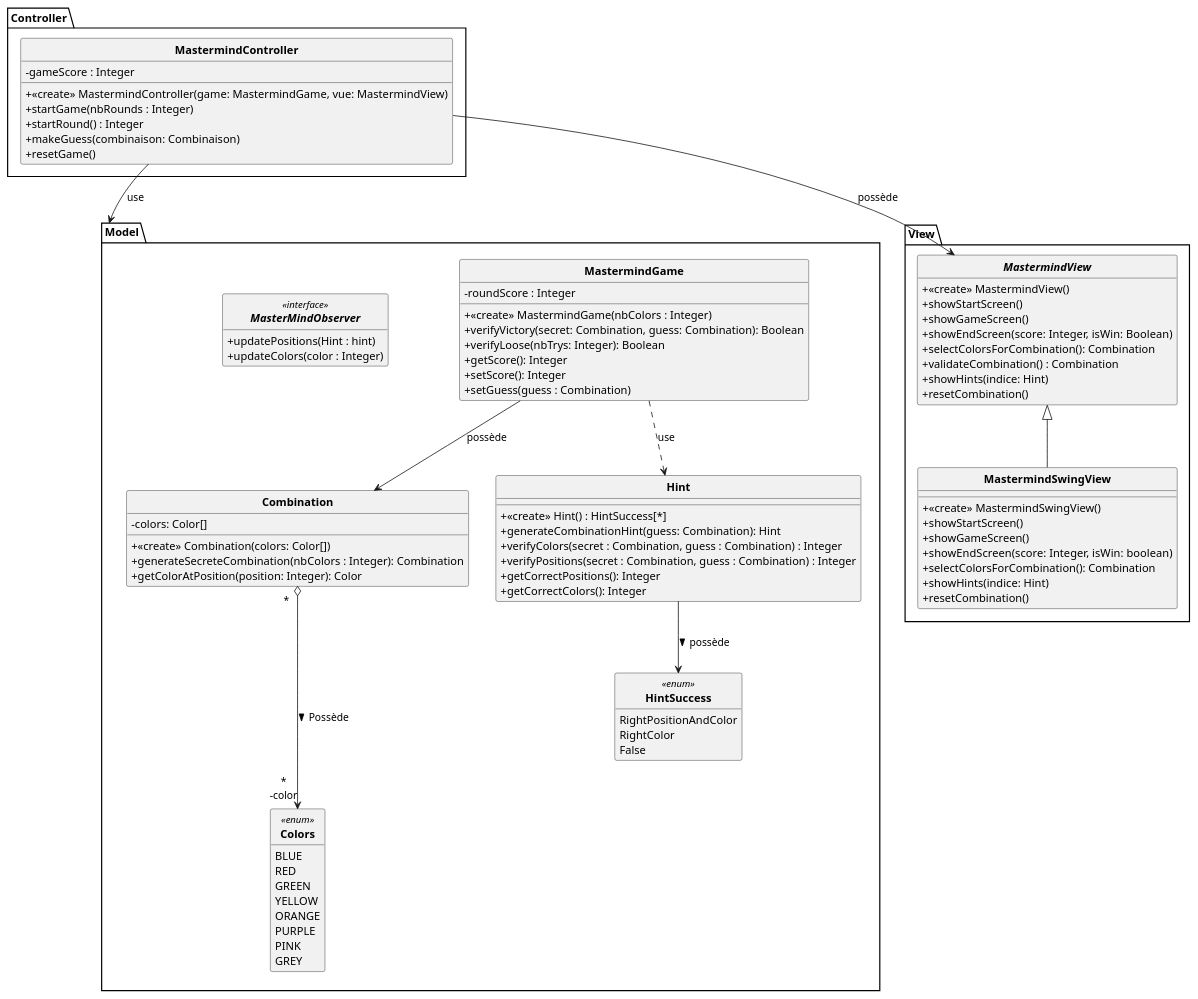
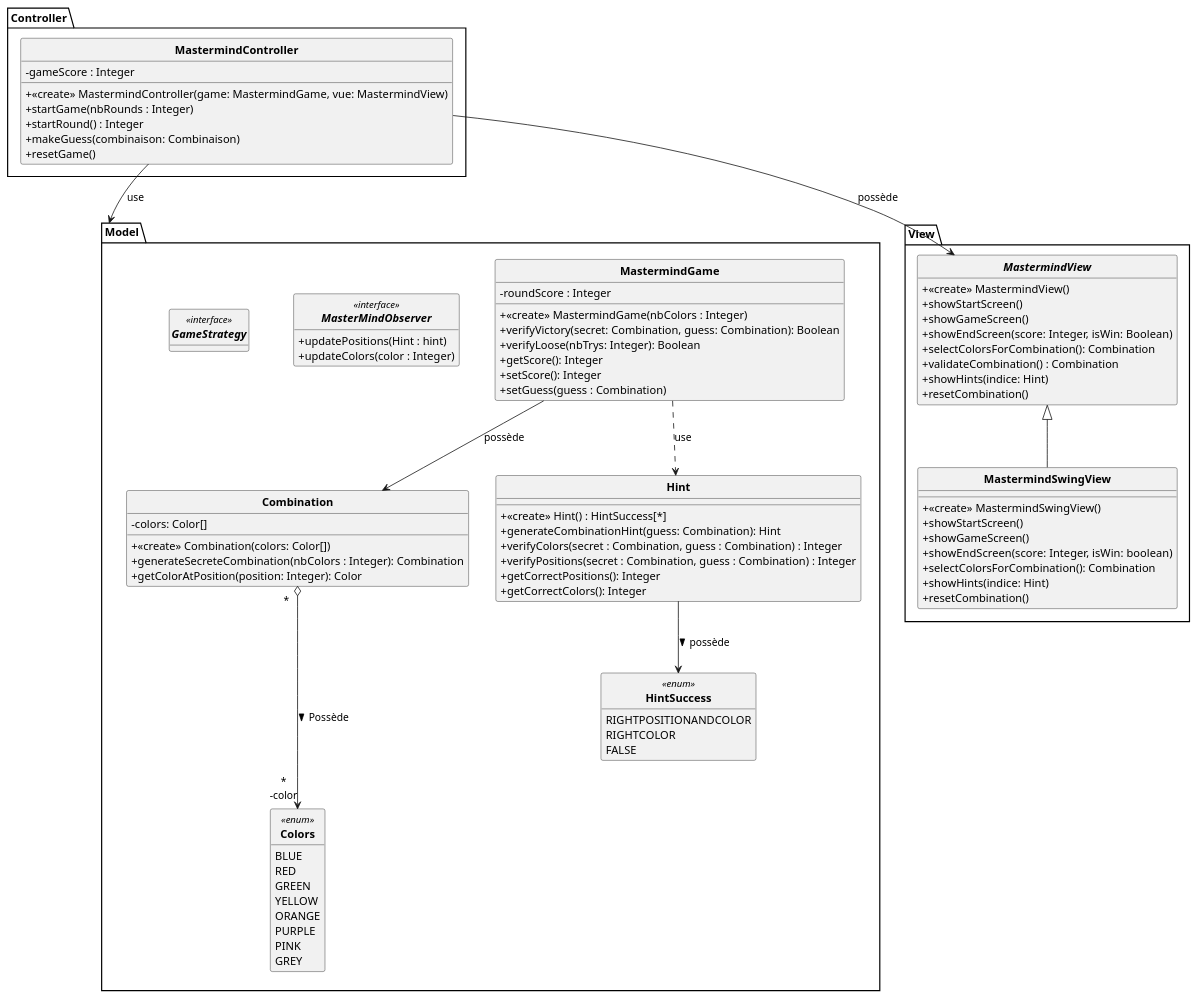
One commit to Taijin4/Mastermind changed the diagram in DCC.puml. Above: the diagram before and after it, drawn with PlantUML. The commit also changed 3 other files, not shown here.

```diff
--- a/DCC.puml
+++ b/DCC.puml
@@ -1,106 +1,112 @@
 @startuml
 
 skinparam style strictuml
 skinparam classAttributeIconSize 0
 skinparam classFontStyle Bold
 hide enum methods
 hide interface attributes
 
 package Model {
 
     class MastermindGame {
         - roundScore : Integer
         + <<create>> MastermindGame(nbColors : Integer)
         + verifyVictory(secret: Combination, guess: Combination): Boolean
         + verifyLoose(nbTrys: Integer): Boolean
         + getScore(): Integer
         + setScore(): Integer
         + setGuess(guess : Combination)
     }
 
     class Combination {
         - colors: Color[]
         + <<create>> Combination(colors: Color[])
         + generateSecreteCombination(nbColors : Integer): Combination
         + getColorAtPosition(position: Integer): Color
     }
 
     class Hint {
         + <<create>> Hint() : HintSuccess[*]
         + generateCombinationHint(guess: Combination): Hint
         + verifyColors(secret : Combination, guess : Combination) : Integer
         + verifyPositions(secret : Combination, guess : Combination) : Integer
         + getCorrectPositions(): Integer
         + getCorrectColors(): Integer
     }
 
     enum Colors <<enum>>{
         BLUE
         RED
         GREEN
         YELLOW
         ORANGE
         PURPLE
         PINK
         GREY
     }
 
     interface MasterMindObserver <<interface>>{
         + updatePositions(Hint : hint)
         + updateColors(color : Integer)
     }
 
     enum HintSuccess <<enum>>{
-        RightPositionAndColor
-        RightColor
-        False
+        RIGHTPOSITIONANDCOLOR
+        RIGHTCOLOR
+        FALSE
     }
+
+    interface GameStrategy <<interface>> {
+
+    }
+
+
 
 }
 
 
 package View {
 
     interface MastermindView {
         + <<create>> MastermindView()
         + showStartScreen()
         + showGameScreen()
         + showEndScreen(score: Integer, isWin: Boolean)
         + selectColorsForCombination(): Combination
         + validateCombination() : Combination
         + showHints(indice: Hint)
         + resetCombination()
     }
 
     class MastermindSwingView extends MastermindView{
         + <<create>> MastermindSwingView()
         + showStartScreen()
         + showGameScreen()
         + showEndScreen(score: Integer, isWin: boolean)
         + selectColorsForCombination(): Combination
         + showHints(indice: Hint)
         + resetCombination()
     }
 
 }
 
 package Controller {
 
     class MastermindController {
         - gameScore : Integer
         + <<create>> MastermindController(game: MastermindGame, vue: MastermindView)
         + startGame(nbRounds : Integer)
         + startRound() : Integer
         + makeGuess(combinaison: Combinaison)
         + resetGame()
     }
 
 }
 
 MastermindGame ..> Hint : use
 MastermindGame --> Combination : possède
 MastermindController -->  Model : use
 MastermindController --> MastermindView : possède
 Combination " *   " o---> "*\n-color" Colors : Possède >
 Hint --> HintSuccess : possède >
 @enduml
```
